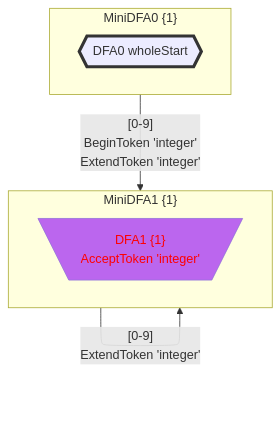
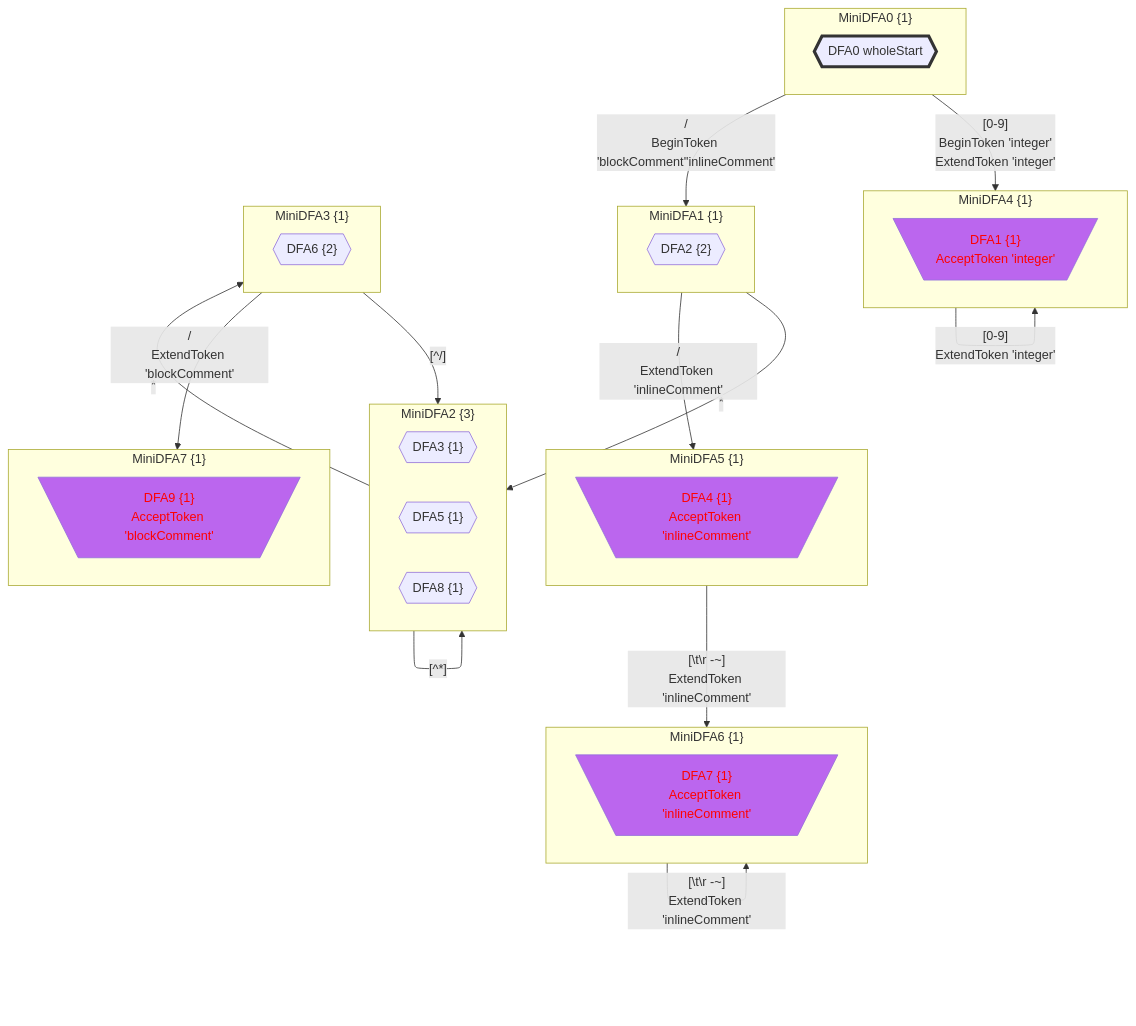
The sixth of 7 diagrams in Practices/Practice.GeneratedXxxFormat.Test/GeneratedInts/doc/LexicalStates.gen.md (bitzhuwei/GrammarMentor), drawn with Mermaid before and after one commit. The commit also changed other lines of this file and 3868 other files, not shown here.

````diff
--- a/Practices/Practice.GeneratedXxxFormat.Test/GeneratedInts/doc/LexicalStates.gen.md
+++ b/Practices/Practice.GeneratedXxxFormat.Test/GeneratedInts/doc/LexicalStates.gen.md
@@ -218,34 +608,77 @@
 ```Mermaid
 flowchart
 classDef c0001 color:#FF0000;
 classDef c0010 stroke-dasharray: 10 10;
 classDef c0011 stroke-dasharray: 10 10,color:#FF0000;
 classDef c0100 fill:#BB66EE;
 classDef c0101 fill:#BB66EE,color:#FF0000;
 classDef c0110 fill:#BB66EE,stroke-dasharray: 10 10;
 classDef c0111 fill:#BB66EE,stroke-dasharray: 10 10,color:#FF0000;
 classDef c1000 stroke:#333,stroke-width:4px;
 classDef c1001 stroke:#333,stroke-width:4px,color:#FF0000;
 classDef c1010 stroke:#333,stroke-width:4px,stroke-dasharray: 10 10;
 classDef c1011 stroke:#333,stroke-width:4px,stroke-dasharray: 10 10,color:#FF0000;
 classDef c1100 stroke:#333,stroke-width:4px,fill:#BB66EE;
 classDef c1101 stroke:#333,stroke-width:4px,fill:#BB66EE,color:#FF0000;
 classDef c1110 stroke:#333,stroke-width:4px,fill:#BB66EE,stroke-dasharray: 10 10;
 classDef c1111 stroke:#333,stroke-width:4px,fill:#BB66EE,stroke-dasharray: 10 10,color:#FF0000;
-subgraph MiniDFA0_-471964189["MiniDFA0 {1}"]
-DFA0_774839393_0{{"DFA0 wholeStart"}}
-class DFA0_774839393_0 c1000;
+subgraph MiniDFA0_1689043295["MiniDFA0 {1}"]
+DFA0_879766078_0{{"DFA0 wholeStart"}}
+class DFA0_879766078_0 c1000;
 end
-class MiniDFA0_-471964189 c1000;
-subgraph MiniDFA1_-1553326227["MiniDFA1 {1}"]
-DFA1_1542509584_1[\"DFA1 {1}
+class MiniDFA0_1689043295 c1000;
+subgraph MiniDFA4_1589456906["MiniDFA4 {1}"]
+DFA1_-1410976644_1[\"DFA1 {1}
 AcceptToken 'integer'"/]
-class DFA1_1542509584_1 c0101;
+class DFA1_-1410976644_1 c0101;
 end
-class MiniDFA1_-1553326227 c0101;
-MiniDFA0_-471964189 -->|"[0-9]
+class MiniDFA4_1589456906 c0101;
+subgraph MiniDFA1_-712178828["MiniDFA1 {1}"]
+DFA2_320235872_2{{"DFA2 {2}"}}
+end
+subgraph MiniDFA2_905090704["MiniDFA2 {3}"]
+DFA3_1968006229_3{{"DFA3 {1}"}}
+DFA5_-2052777702_4{{"DFA5 {1}"}}
+DFA8_-897030992_5{{"DFA8 {1}"}}
+end
+subgraph MiniDFA5_-503631591["MiniDFA5 {1}"]
+DFA4_-322686605_6[\"DFA4 {1}
+AcceptToken 'inlineComment'"/]
+class DFA4_-322686605_6 c0101;
+end
+class MiniDFA5_-503631591 c0101;
+subgraph MiniDFA3_1163369074["MiniDFA3 {1}"]
+DFA6_820711853_7{{"DFA6 {2}"}}
+end
+subgraph MiniDFA6_53766736["MiniDFA6 {1}"]
+DFA7_-2085538696_8[\"DFA7 {1}
+AcceptToken 'inlineComment'"/]
+class DFA7_-2085538696_8 c0101;
+end
+class MiniDFA6_53766736 c0101;
+subgraph MiniDFA7_-1375809239["MiniDFA7 {1}"]
+DFA9_-122808567_9[\"DFA9 {1}
+AcceptToken 'blockComment'"/]
+class DFA9_-122808567_9 c0101;
+end
+class MiniDFA7_-1375809239 c0101;
+MiniDFA0_1689043295 -->|"[0-9]
 BeginToken 'integer'
-ExtendToken 'integer'"|MiniDFA1_-1553326227
-MiniDFA1_-1553326227 -->|"[0-9]
-ExtendToken 'integer'"|MiniDFA1_-1553326227
+ExtendToken 'integer'"|MiniDFA4_1589456906
+MiniDFA0_1689043295 -->|"/
+BeginToken 'blockComment''inlineComment'"|MiniDFA1_-712178828
+MiniDFA4_1589456906 -->|"[0-9]
+ExtendToken 'integer'"|MiniDFA4_1589456906
+MiniDFA1_-712178828 -->|"*"|MiniDFA2_905090704
+MiniDFA1_-712178828 -->|"/
+ExtendToken 'inlineComment'"|MiniDFA5_-503631591
+MiniDFA2_905090704 -->|"[^*]"|MiniDFA2_905090704
+MiniDFA2_905090704 -->|"*"|MiniDFA3_1163369074
+MiniDFA5_-503631591 -->|"[#92;t#92;r#32;-~]
+ExtendToken 'inlineComment'"|MiniDFA6_53766736
+MiniDFA3_1163369074 -->|"[^/]"|MiniDFA2_905090704
+MiniDFA3_1163369074 -->|"/
+ExtendToken 'blockComment'"|MiniDFA7_-1375809239
+MiniDFA6_53766736 -->|"[#92;t#92;r#32;-~]
+ExtendToken 'inlineComment'"|MiniDFA6_53766736
 ```
````
